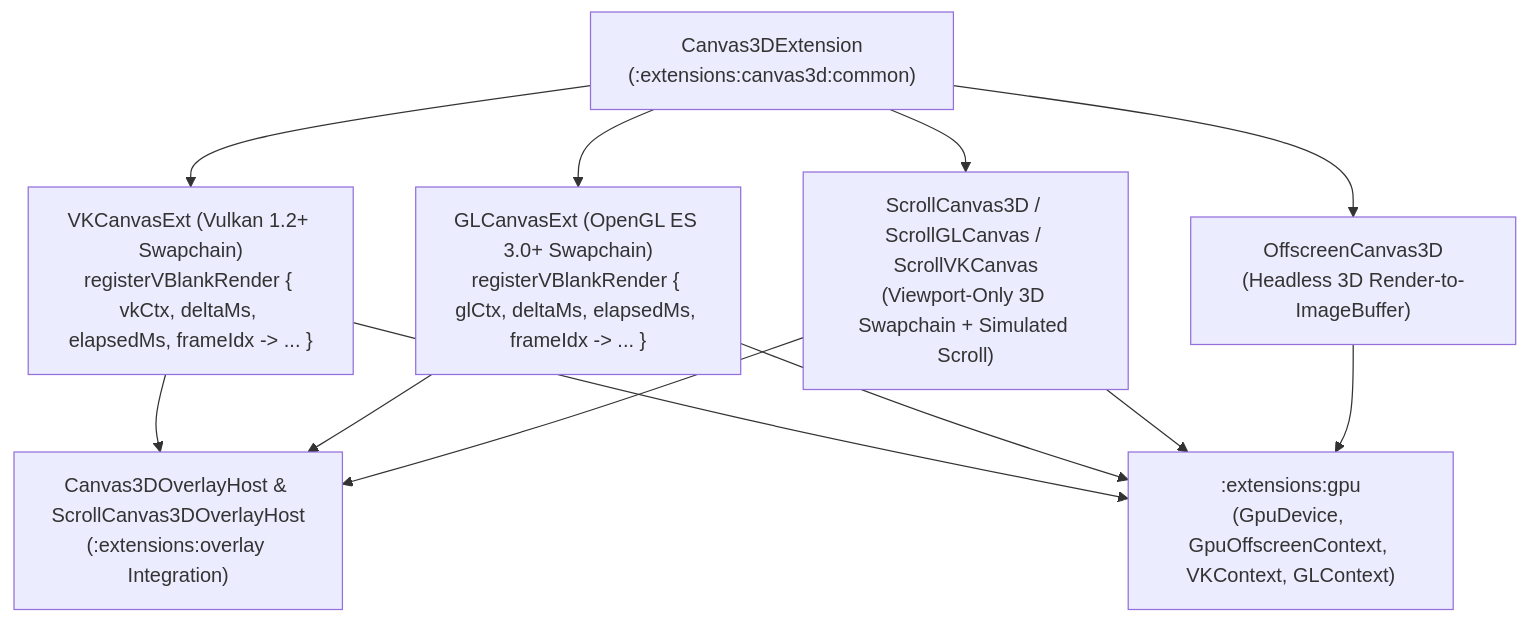
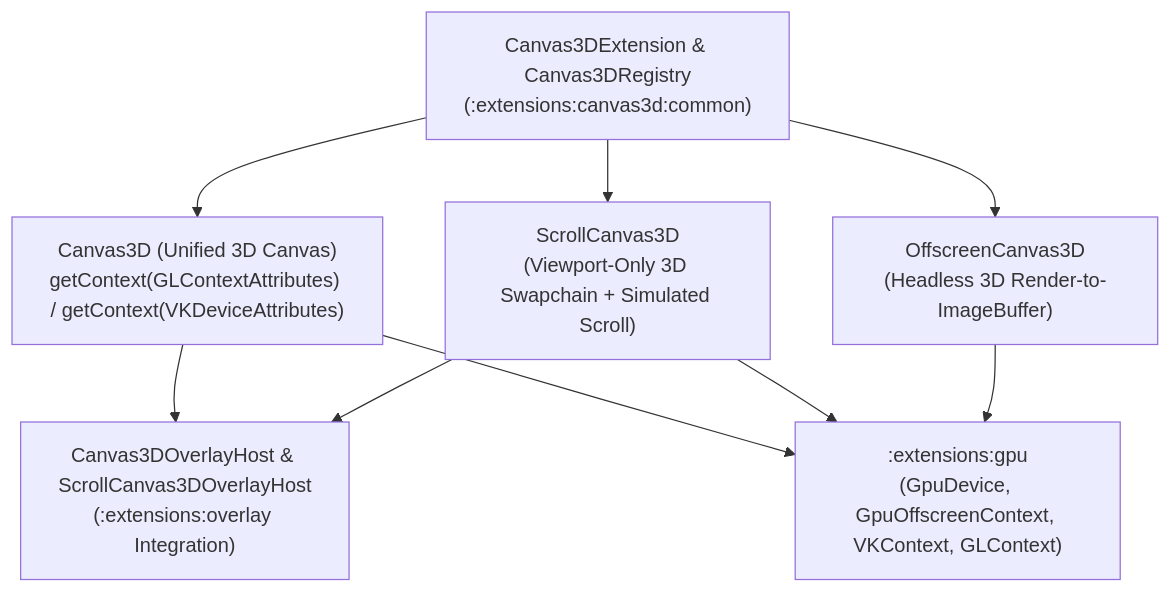
Before and after one commit to GenericUI/Extensions: the diagram in docs/canvas3d.md, drawn with Mermaid. The commit also changed other lines of this file and 242 other files, not shown here.

````diff
--- a/docs/canvas3d.md
+++ b/docs/canvas3d.md
@@ -11,22 +11,18 @@
 ```mermaid
 flowchart TD
-    Canvas3D["Canvas3DExtension<br/>(:extensions:canvas3d:common)"]
-    VKCanvas["VKCanvasExt (Vulkan 1.2+ Swapchain)<br/>registerVBlankRender { vkCtx, deltaMs, elapsedMs, frameIdx -> ... }"]
-    GLCanvas["GLCanvasExt (OpenGL ES 3.0+ Swapchain)<br/>registerVBlankRender { glCtx, deltaMs, elapsedMs, frameIdx -> ... }"]
-    Scroll3D["ScrollCanvas3D / ScrollGLCanvas / ScrollVKCanvas<br/>(Viewport-Only 3D Swapchain + Simulated Scroll)"]
+    Canvas3DExt["Canvas3DExtension & Canvas3DRegistry<br/>(:extensions:canvas3d:common)"]
+    Canvas3D["Canvas3D (Unified 3D Canvas)<br/>getContext(GLContextAttributes) / getContext(VKDeviceAttributes)"]
+    Scroll3D["ScrollCanvas3D<br/>(Viewport-Only 3D Swapchain + Simulated Scroll)"]
     OverlayHosts["Canvas3DOverlayHost & ScrollCanvas3DOverlayHost<br/>(:extensions:overlay Integration)"]
     Offscreen["OffscreenCanvas3D<br/>(Headless 3D Render-to-ImageBuffer)"]
     Gpu[":extensions:gpu<br/>(GpuDevice, GpuOffscreenContext, VKContext, GLContext)"]
 
-    Canvas3D --> VKCanvas
-    Canvas3D --> GLCanvas
-    Canvas3D --> Scroll3D
-    Canvas3D --> Offscreen
-    VKCanvas --> OverlayHosts
-    GLCanvas --> OverlayHosts
+    Canvas3DExt --> Canvas3D
+    Canvas3DExt --> Scroll3D
+    Canvas3DExt --> Offscreen
+    Canvas3D --> OverlayHosts
     Scroll3D --> OverlayHosts
-    VKCanvas --> Gpu
-    GLCanvas --> Gpu
+    Canvas3D --> Gpu
     Scroll3D --> Gpu
     Offscreen --> Gpu
 ```
````
